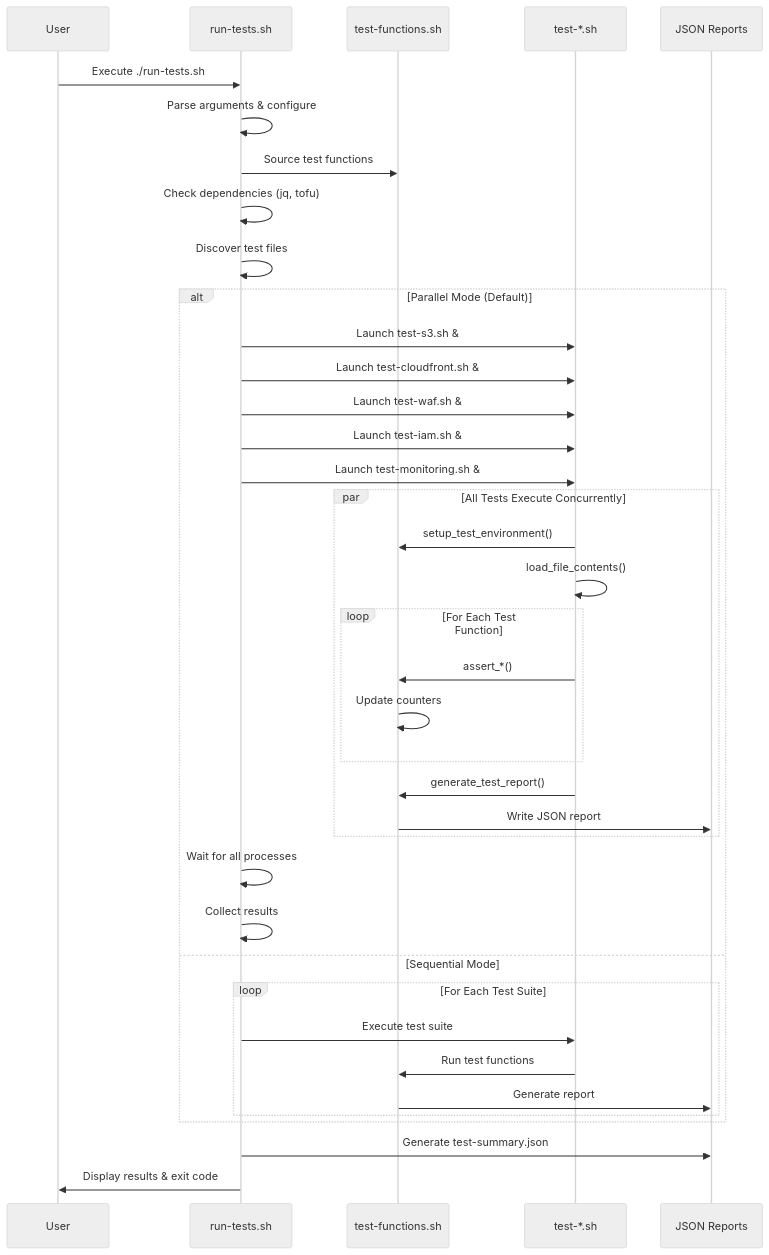
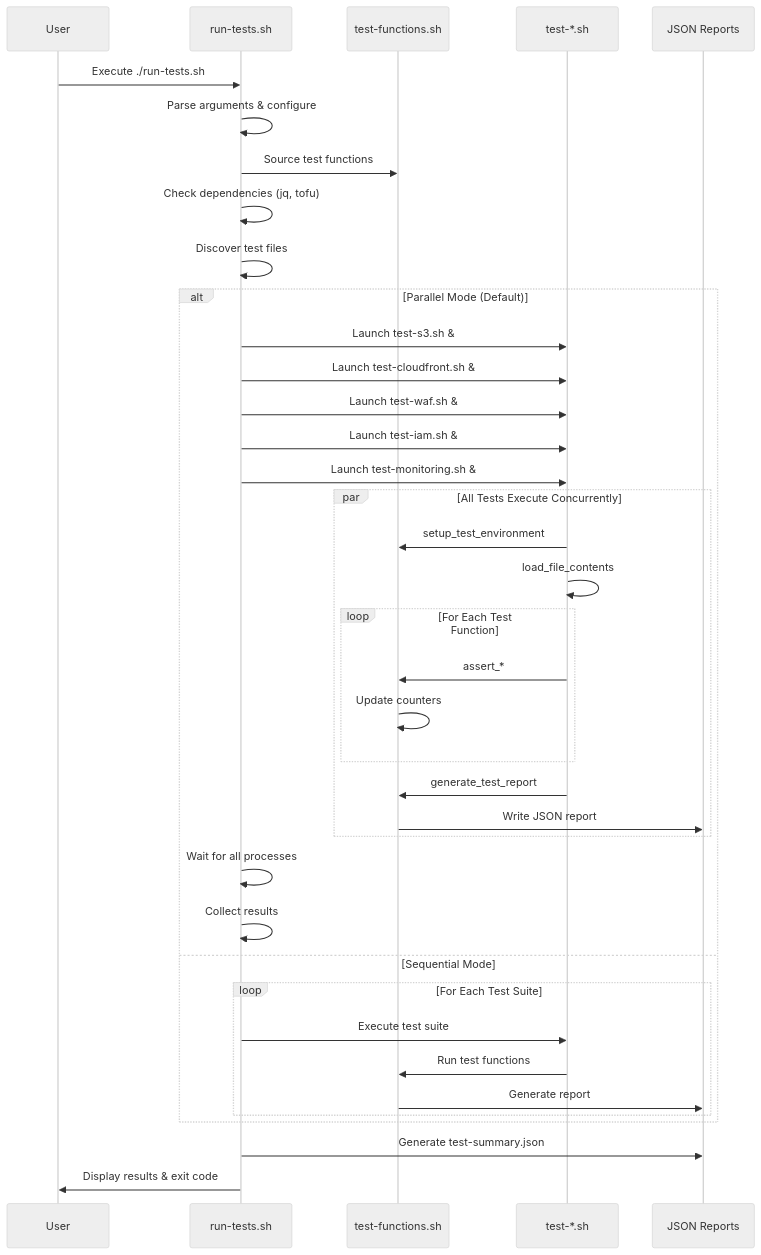
The first of 5 diagrams in test/README.md (Celtikill/static-site), drawn with Mermaid (neutral theme) before and after one commit. The commit also changed other lines of this file and 7 other files, not shown here.

````diff
--- a/test/README.md
+++ b/test/README.md
@@ -238,45 +238,45 @@
 ```mermaid
 sequenceDiagram
     participant User
     participant Runner as run-tests.sh
     participant Framework as test-functions.sh
     participant TestSuite as test-*.sh
     participant Reports as JSON Reports
 
     User->>Runner: Execute ./run-tests.sh
     Runner->>Runner: Parse arguments & configure
     Runner->>Framework: Source test functions
     Runner->>Runner: Check dependencies (jq, tofu)
     Runner->>Runner: Discover test files
     
     alt Parallel Mode (Default)
         Runner->>TestSuite: Launch test-s3.sh &
         Runner->>TestSuite: Launch test-cloudfront.sh &
         Runner->>TestSuite: Launch test-waf.sh &
         Runner->>TestSuite: Launch test-iam.sh &
         Runner->>TestSuite: Launch test-monitoring.sh &
         
         par All Tests Execute Concurrently
-            TestSuite->>Framework: setup_test_environment()
-            TestSuite->>TestSuite: load_file_contents()
+            TestSuite->>Framework: setup_test_environment
+            TestSuite->>TestSuite: load_file_contents
             loop For Each Test Function
-                TestSuite->>Framework: assert_*()
+                TestSuite->>Framework: assert_*
                 Framework->>Framework: Update counters
             end
-            TestSuite->>Framework: generate_test_report()
+            TestSuite->>Framework: generate_test_report
             Framework->>Reports: Write JSON report
         end
         
         Runner->>Runner: Wait for all processes
         Runner->>Runner: Collect results
     else Sequential Mode
         loop For Each Test Suite
             Runner->>TestSuite: Execute test suite
             TestSuite->>Framework: Run test functions
             Framework->>Reports: Generate report
         end
     end
     
     Runner->>Reports: Generate test-summary.json
     Runner->>User: Display results & exit code
 ```
````
